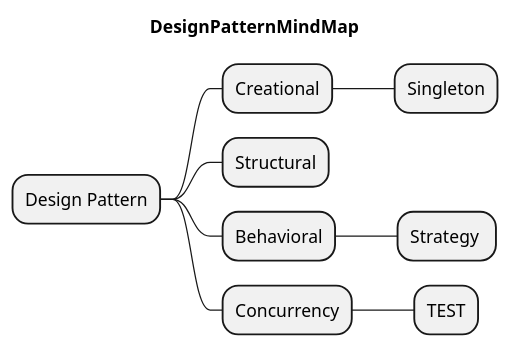
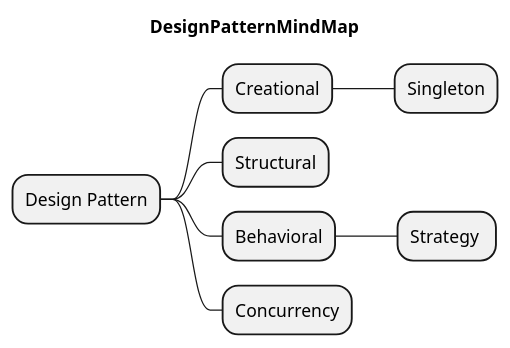
Before and after one commit to LuMoehlenkamp/gitTest: the diagram in docs/src/DesignPatternMindMap.puml, drawn with PlantUML. The commit also changed 1 other file, not shown here.

Commit message:
removed test items from plantuml sources

```diff
--- a/docs/src/DesignPatternMindMap.puml
+++ b/docs/src/DesignPatternMindMap.puml
@@ -1,16 +1,15 @@
 @startmindmap
 title DesignPatternMindMap
 
 * Design Pattern
 
 ** Creational
 *** Singleton
 
 ** Structural
 
 ** Behavioral
 *** Strategy 
 
 ** Concurrency
-*** TEST
 @endmindmap
```
